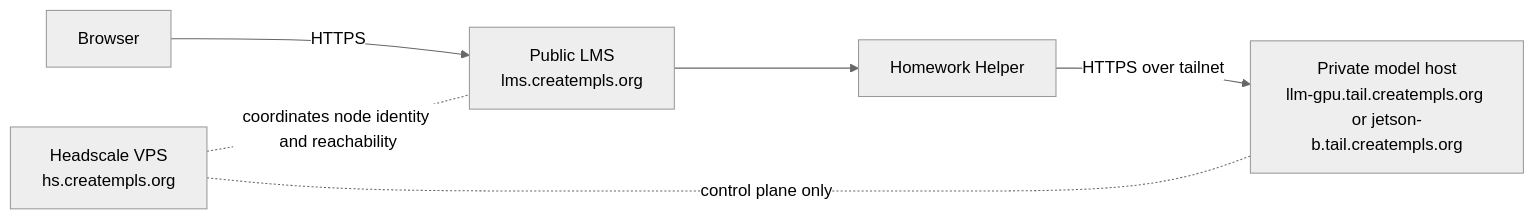
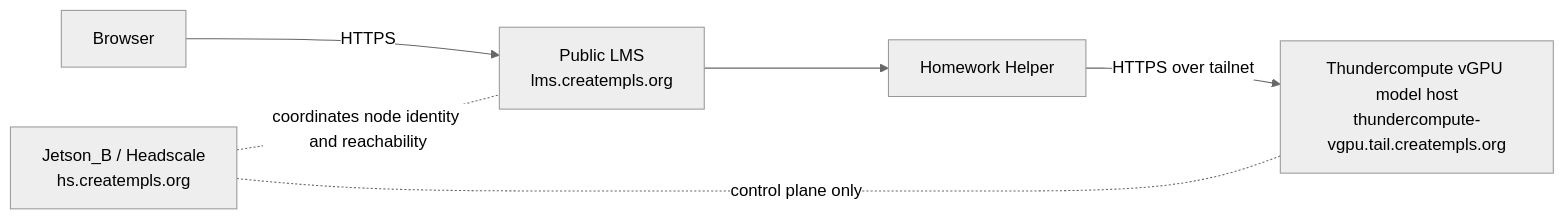
Before and after one commit to bseverns/classhub: the diagram in docs/HEADSCALE_CONTROL_PLANE.md, drawn with Mermaid (neutral theme). The commit also changed other lines of this file and 32 other files, not shown here.

Commit message:
Jetson-B headscale role

````diff
--- a/docs/HEADSCALE_CONTROL_PLANE.md
+++ b/docs/HEADSCALE_CONTROL_PLANE.md
@@ -147,14 +145,14 @@
 ```mermaid
 flowchart LR
   Browser["Browser"]
   LMS["Public LMS<br/>lms.creatempls.org"]
   Helper["Homework Helper"]
-  Model["Private model host<br/>llm-gpu.tail.creatempls.org or jetson-b.tail.creatempls.org"]
-  HS["Headscale VPS<br/>hs.creatempls.org"]
+  Model["Thundercompute vGPU model host<br/>thundercompute-vgpu.tail.creatempls.org"]
+  HS["Jetson_B / Headscale<br/>hs.creatempls.org"]
 
   Browser -->|HTTPS| LMS
   LMS --> Helper
   Helper -->|HTTPS over tailnet| Model
   HS -. coordinates node identity and reachability .- LMS
   HS -. control plane only .- Model
 ```
````
